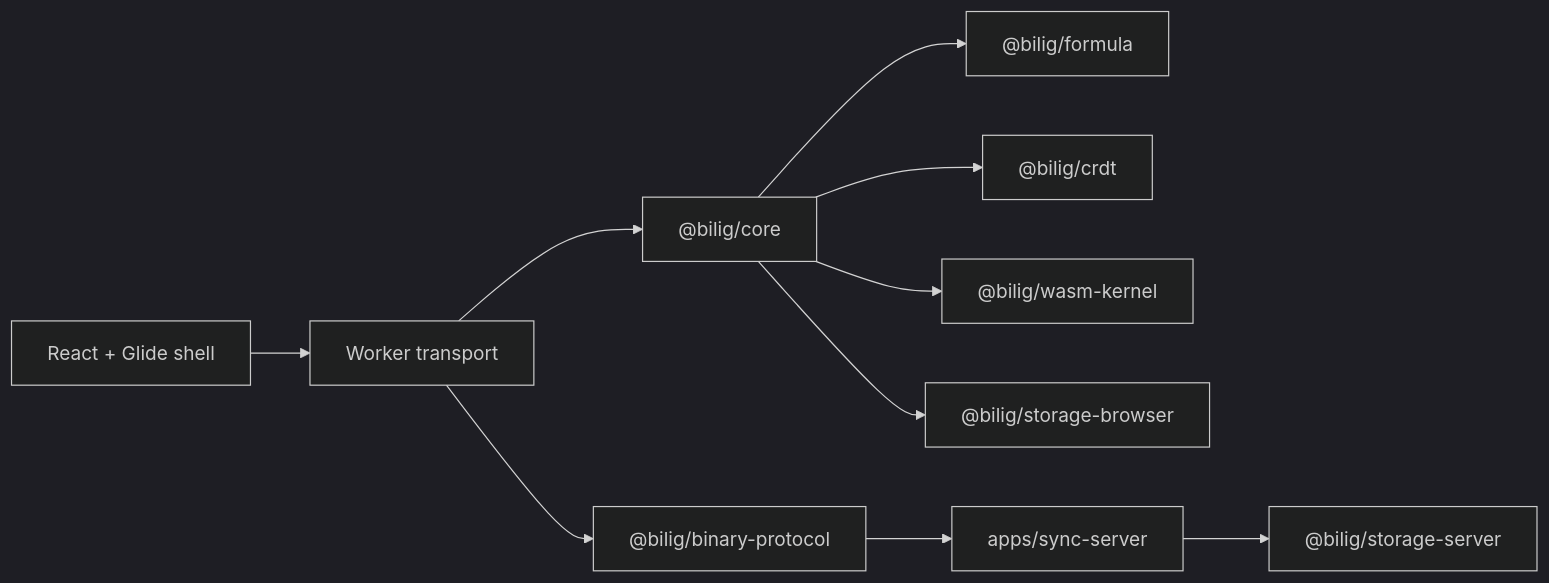
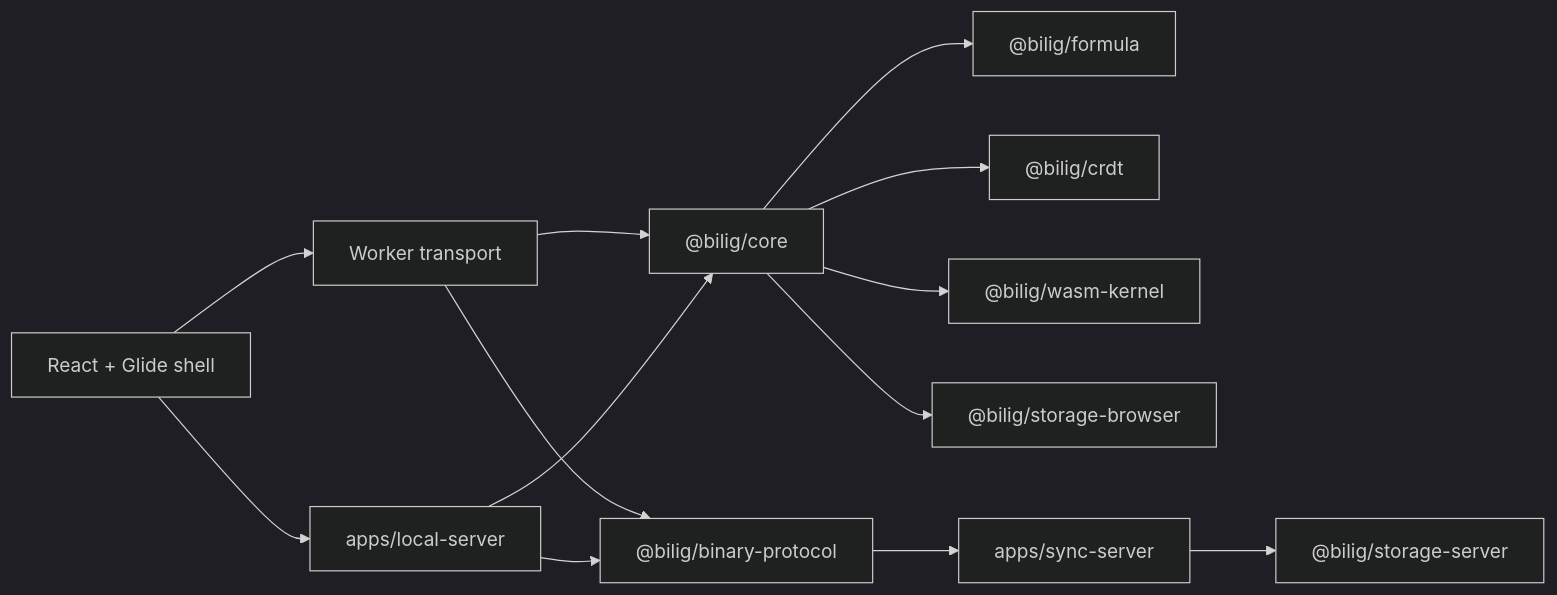
One commit to proompteng/bilig changed the diagram in docs/architecture.md. Above: the diagram before and after it, drawn with Mermaid (dark theme). The commit also changed other lines of this file and 27 other files, not shown here.

Commit message:
Add local server and product app foundation

````diff
--- a/docs/architecture.md
+++ b/docs/architecture.md
@@ -5,12 +5,15 @@
 ```mermaid
 flowchart LR
   UI["React + Glide shell"] --> Worker["Worker transport"]
+  UI --> Local["apps/local-server"]
   Worker --> Core["@bilig/core"]
   Core --> Formula["@bilig/formula"]
   Core --> CRDT["@bilig/crdt"]
   Core --> WASM["@bilig/wasm-kernel"]
   Core --> BrowserStore["@bilig/storage-browser"]
   Worker --> Binary["@bilig/binary-protocol"]
+  Local --> Binary
+  Local --> Core
   Binary --> Sync["apps/sync-server"]
   Sync --> ServerStore["@bilig/storage-server"]
 ```
````
